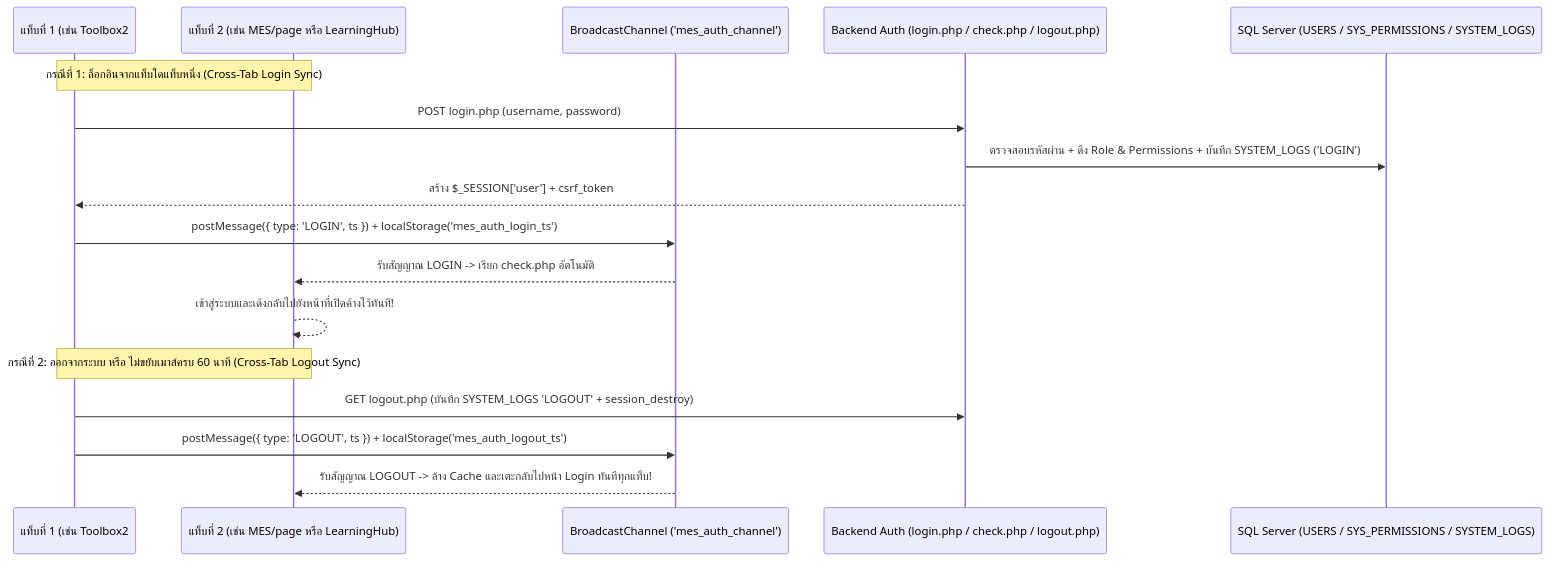
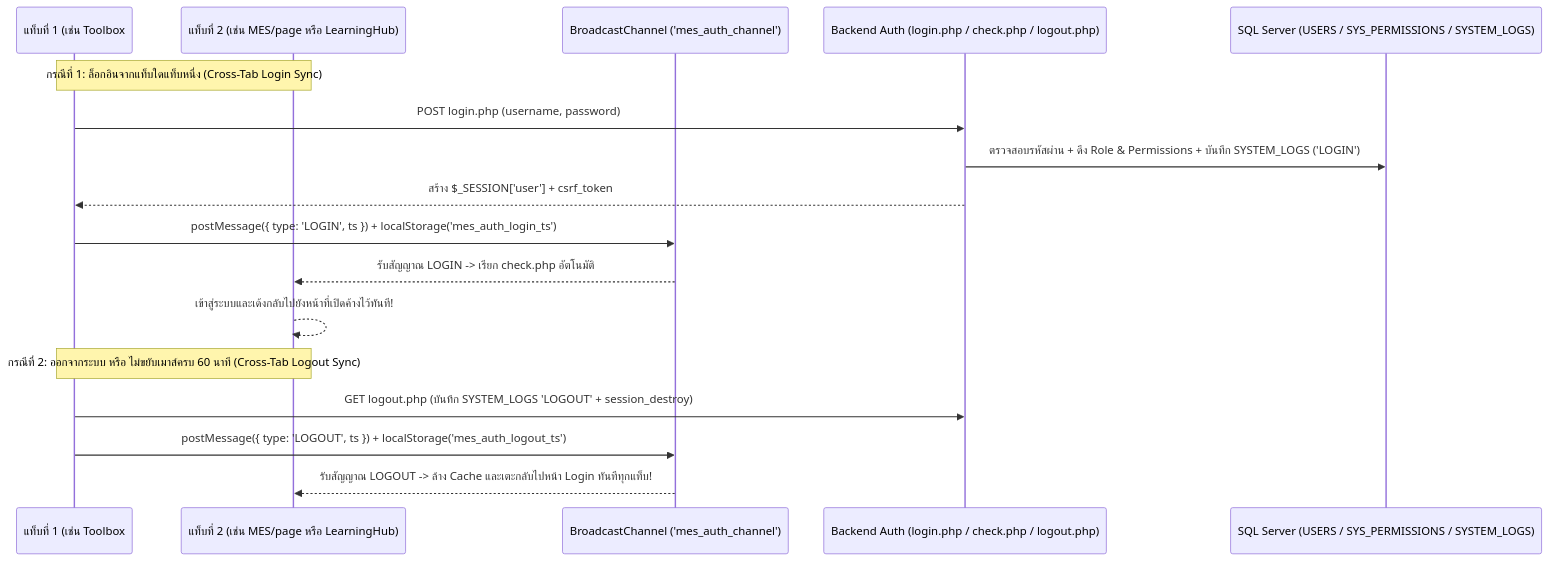
One commit to Scyst/MES changed the second of 3 diagrams in MES/docs/blueprint/MES_SYSTEM_BLUEPRINT.md. Above: the diagram before and after it, drawn with Mermaid. The commit also changed other lines of this file and 5 other files, not shown here.

````diff
--- a/MES/docs/blueprint/MES_SYSTEM_BLUEPRINT.md
+++ b/MES/docs/blueprint/MES_SYSTEM_BLUEPRINT.md
@@ -89,21 +89,21 @@
 ```mermaid
 sequenceDiagram
-    participant TabA as แท็บที่ 1 (เช่น Toolbox2 #/planner)
+    participant TabA as แท็บที่ 1 (เช่น Toolbox #/planner)
     participant TabB as แท็บที่ 2 (เช่น MES/page หรือ LearningHub)
     participant BC as BroadcastChannel ('mes_auth_channel')
     participant API as Backend Auth (login.php / check.php / logout.php)
     participant DB as SQL Server (USERS / SYS_PERMISSIONS / SYSTEM_LOGS)
 
     Note over TabA,TabB: กรณีที่ 1: ล็อกอินจากแท็บใดแท็บหนึ่ง (Cross-Tab Login Sync)
     TabA->>API: POST login.php (username, password)
     API->>DB: ตรวจสอบรหัสผ่าน + ดึง Role & Permissions + บันทึก SYSTEM_LOGS ('LOGIN')
     API-->>TabA: สร้าง $_SESSION['user'] + csrf_token
     TabA->>BC: postMessage({ type: 'LOGIN', ts }) + localStorage('mes_auth_login_ts')
     BC-->>TabB: รับสัญญาณ LOGIN -> เรียก check.php อัตโนมัติ
     TabB-->>TabB: เข้าสู่ระบบและเด้งกลับไปยังหน้าที่เปิดค้างไว้ทันที!
 
     Note over TabA,TabB: กรณีที่ 2: ออกจากระบบ หรือ ไม่ขยับเมาส์ครบ 60 นาที (Cross-Tab Logout Sync)
     TabA->>API: GET logout.php (บันทึก SYSTEM_LOGS 'LOGOUT' + session_destroy)
     TabA->>BC: postMessage({ type: 'LOGOUT', ts }) + localStorage('mes_auth_logout_ts')
     BC-->>TabB: รับสัญญาณ LOGOUT -> ล้าง Cache และเตะกลับไปหน้า Login ทันทีทุกแท็บ!
 ```
````
